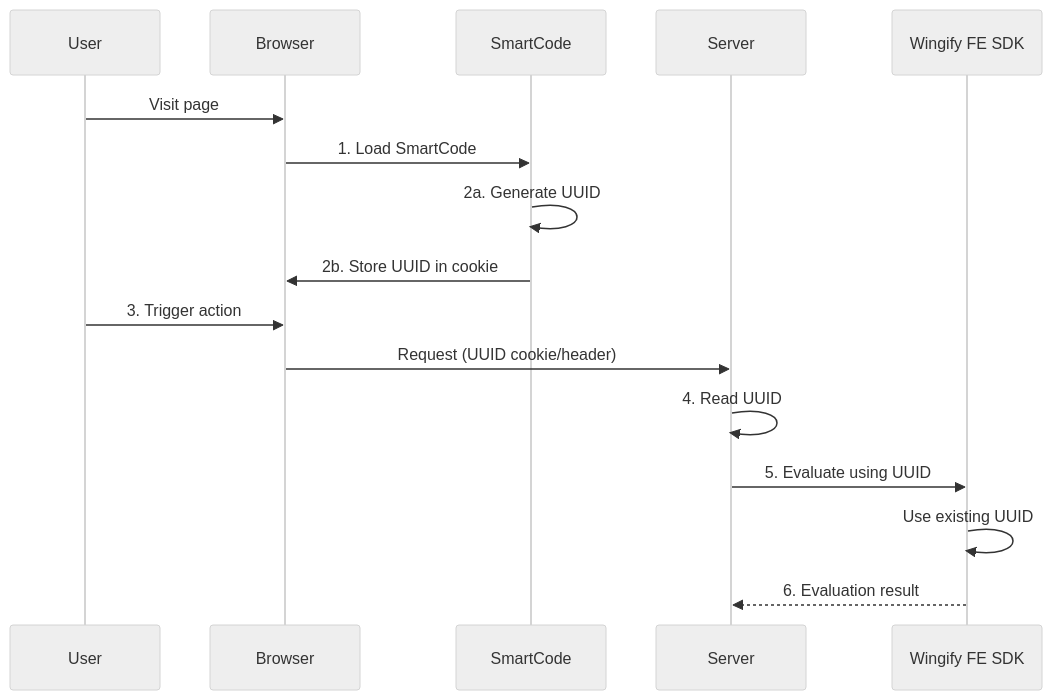
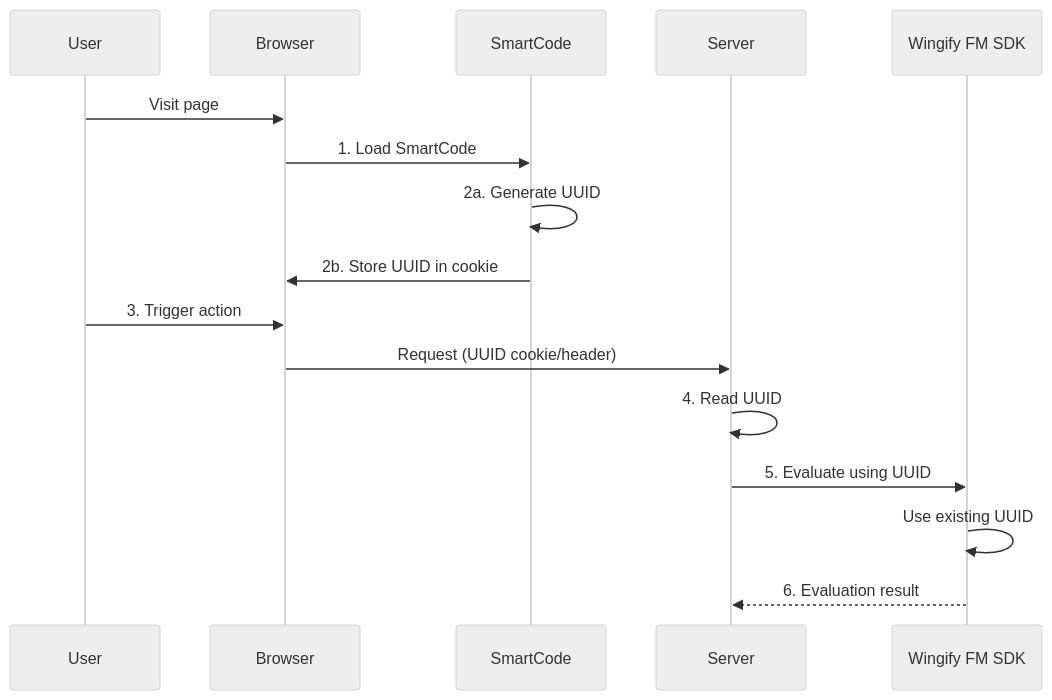
The third of 6 diagrams in docs/Unified Experimentation/fme-unified-experimentation-identity-synchronization.md (wingify/readme-central), drawn with Mermaid (neutral theme) before and after one commit. The commit also changed other lines of this file and 192 other files, not shown here.

````diff
--- a/docs/Unified Experimentation/fme-unified-experimentation-identity-synchronization.md
+++ b/docs/Unified Experimentation/fme-unified-experimentation-identity-synchronization.md
@@ -328,21 +328,21 @@
 ```mermaid
 sequenceDiagram
     participant User
     participant Browser
     participant SmartCode
     participant Server
-    participant FE_SDK as Wingify FE SDK
+    participant FM_SDK as Wingify FM SDK
 
     User->>Browser: Visit page
     Browser->>SmartCode: 1. Load SmartCode
     SmartCode->>SmartCode: 2a. Generate UUID
     SmartCode->>Browser: 2b. Store UUID in cookie
 
     User->>Browser: 3. Trigger action
     Browser->>Server: Request (UUID cookie/header)
     Server->>Server: 4. Read UUID
-    Server->>FE_SDK: 5. Evaluate using UUID
-    FE_SDK->>FE_SDK: Use existing UUID
-    FE_SDK-->>Server: 6. Evaluation result
+    Server->>FM_SDK: 5. Evaluate using UUID
+    FM_SDK->>FM_SDK: Use existing UUID
+    FM_SDK-->>Server: 6. Evaluation result
 
 ```
````
